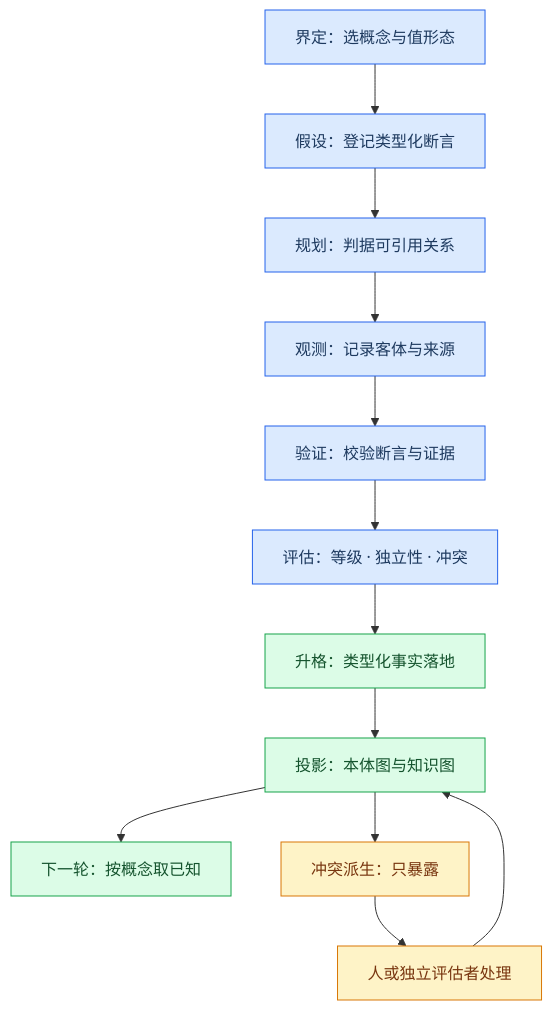
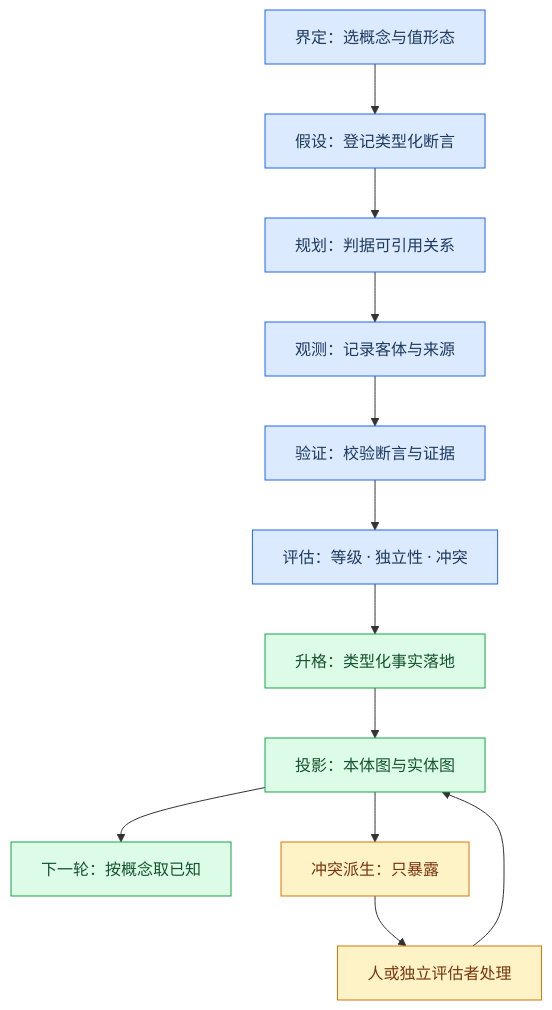
One commit to Clearailhc/clearai-dsh changed the third of 4 diagrams in docs/domain-ontology.zh-CN.md. Above: the diagram before and after it, drawn with Mermaid. The commit also changed other lines of this file and 26 other files, not shown here.

First line of the commit message:
docs: 术语收敛(本体图/实体图)与面板设计定案——本体融进「事实」格

````diff
--- a/docs/domain-ontology.zh-CN.md
+++ b/docs/domain-ontology.zh-CN.md
@@ -279,25 +279,25 @@
 ```mermaid
 flowchart TD
     accTitle: Domain Ontology Inside The Epistemic Loop
     accDescr: Each beat of the loop touches the domain vocabulary, and promoted typed facts project into the knowledge graph where conflicts are surfaced but never auto-adjudicated.
 
     frame["界定：选概念与值形态"] --> hyp["假设：登记类型化断言"]
     hyp --> plan["规划：判据可引用关系"]
     plan --> obs["观测：记录客体与来源"]
     obs --> verify["验证：校验断言与证据"]
     verify --> evaluate["评估：等级 · 独立性 · 冲突"]
     evaluate --> promote["升格：类型化事实落地"]
-    promote --> project["投影：本体图与知识图"]
+    promote --> project["投影：本体图与实体图"]
     project --> next["下一轮：按概念取已知"]
     project --> conflict["冲突派生：只暴露"]
     conflict --> human["人或独立评估者处理"]
     human --> project
 
     classDef beat fill:#dbeafe,stroke:#2563eb,color:#1e3a5f
     classDef out fill:#dcfce7,stroke:#16a34a,color:#14532d
     classDef review fill:#fef3c7,stroke:#d97706,color:#78350f
 
     class frame,hyp,plan,obs,verify,evaluate beat
     class promote,project,next out
     class conflict,human review
 ```
````
